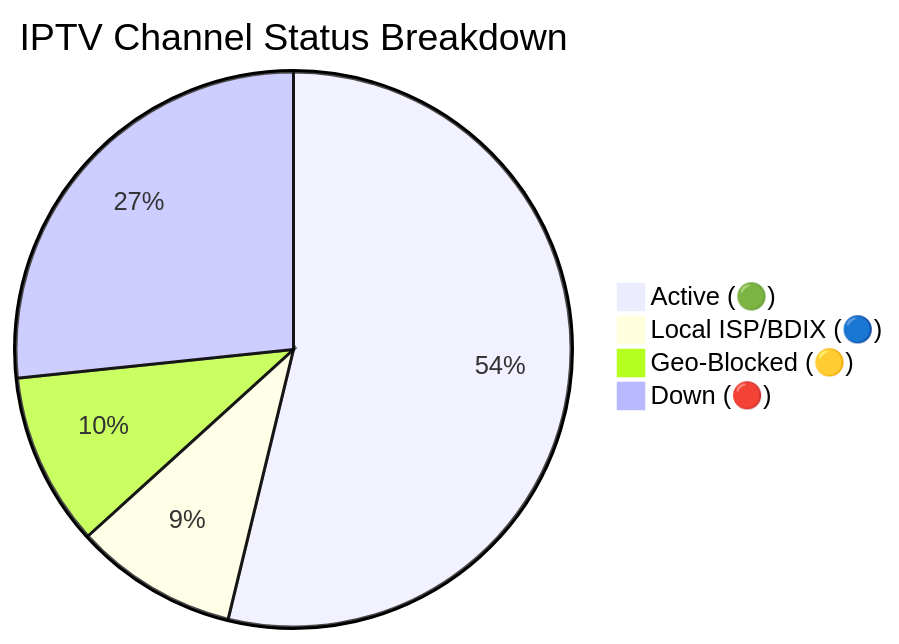
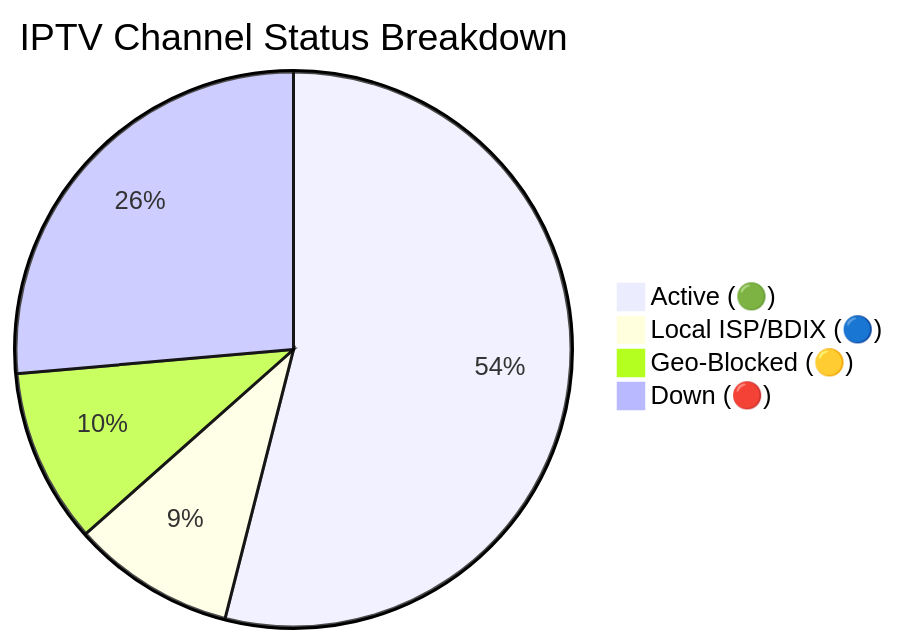
Before and after one commit to f6388600-ai/Web: the diagram in README.md, drawn with Mermaid. The commit also changed other lines of this file and 6 other files, not shown here.

````diff
--- a/README.md
+++ b/README.md
@@ -149,7 +149,7 @@
 ```mermaid
 pie title IPTV Channel Status Breakdown
-    "Active (🟢)" : 9577
-    "Local ISP/BDIX (🔵)" : 1689
-    "Geo-Blocked (🟡)" : 1795
-    "Down (🔴)" : 4745
+    "Active (🟢)" : 9616
+    "Local ISP/BDIX (🔵)" : 1690
+    "Geo-Blocked (🟡)" : 1811
+    "Down (🔴)" : 4702
 ```
````
